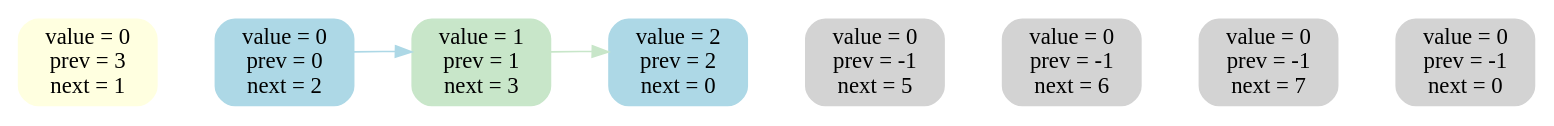
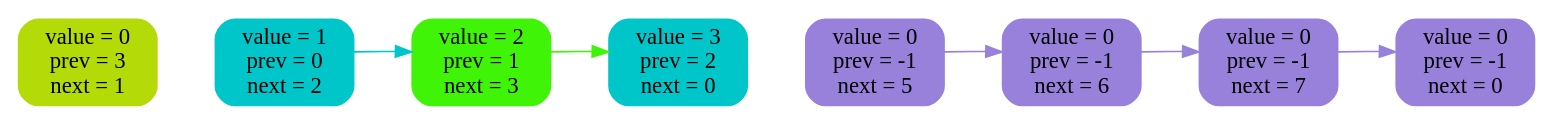
The diagram in list_log/img/4.dot (2210223t-lang/2-linked-list), drawn with Graphviz before and after one commit. The commit also changed 29 other files, not shown here.

```diff
--- a/list_log/img/4.dot
+++ b/list_log/img/4.dot
@@ -1,20 +1,23 @@
 digraph {
 rankdir = LR
-n0 [ label = "value = 0\nprev = 3\nnext = 1", shape = Mrecord, fontsize = 14,style = filled, color = lightyellow ]
-n1 [ label = "value = 0\nprev = 0\nnext = 2", shape = Mrecord, fontsize = 14,style = filled, color = lightblue ]
-n2 [ label = "value = 1\nprev = 1\nnext = 3", shape = Mrecord, fontsize = 14,style = filled, color = "#C8E6C9" ]
-n3 [ label = "value = 2\nprev = 2\nnext = 0", shape = Mrecord, fontsize = 14,style = filled, color = lightblue ]
-n4 [ label = "value = 0\nprev = -1\nnext = 5", shape = Mrecord, fontsize = 14,style = filled, color = lightgray ]
-n5 [ label = "value = 0\nprev = -1\nnext = 6", shape = Mrecord, fontsize = 14,style = filled, color = lightgray ]
-n6 [ label = "value = 0\nprev = -1\nnext = 7", shape = Mrecord, fontsize = 14,style = filled, color = lightgray ]
-n7 [ label = "value = 0\nprev = -1\nnext = 0", shape = Mrecord, fontsize = 14,style = filled, color = lightgray ]
+n0 [ label = "value = 0\nprev = 3\nnext = 1", shape = Mrecord, fontsize = 14,style = filled, color = "#b4da08" ]
+n1 [ label = "value = 1\nprev = 0\nnext = 2", shape = Mrecord, fontsize = 14,style = filled, color = "#00c6c9" ]
+n2 [ label = "value = 2\nprev = 1\nnext = 3", shape = Mrecord, fontsize = 14,style = filled, color = "#3ff407" ]
+n3 [ label = "value = 3\nprev = 2\nnext = 0", shape = Mrecord, fontsize = 14,style = filled, color = "#00c6c9" ]
+n4 [ label = "value = 0\nprev = -1\nnext = 5", shape = Mrecord, fontsize = 14,style = filled, color = "#9781db" ]
+n5 [ label = "value = 0\nprev = -1\nnext = 6", shape = Mrecord, fontsize = 14,style = filled, color = "#9781db" ]
+n6 [ label = "value = 0\nprev = -1\nnext = 7", shape = Mrecord, fontsize = 14,style = filled, color = "#9781db" ]
+n7 [ label = "value = 0\nprev = -1\nnext = 0", shape = Mrecord, fontsize = 14,style = filled, color = "#9781db" ]
 n0 -> n1 [ style = invis, weight = 100 ]
 n1 -> n2 [ style = invis, weight = 100 ]
 n2 -> n3 [ style = invis, weight = 100 ]
 n3 -> n4 [ style = invis, weight = 100 ]
 n4 -> n5 [ style = invis, weight = 100 ]
 n5 -> n6 [ style = invis, weight = 100 ]
 n6 -> n7 [ style = invis, weight = 100 ]
-n1 -> n2 [style = filled, color = lightblue ]
-n2 -> n3 [style = filled, color = "#C8E6C9" ]
+n1 -> n2 [style = filled, color = "#00c6c9" ]
+n2 -> n3 [style = filled, color = "#3ff407" ]
+n4 -> n5 [style = filled, color = "#9781db" ]
+n5 -> n6 [style = filled, color = "#9781db" ]
+n6 -> n7 [style = filled, color = "#9781db" ]
 }
```
